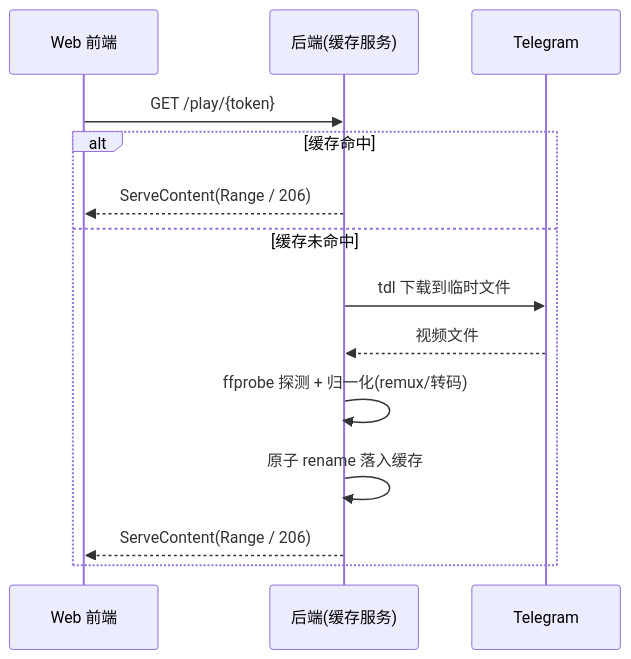
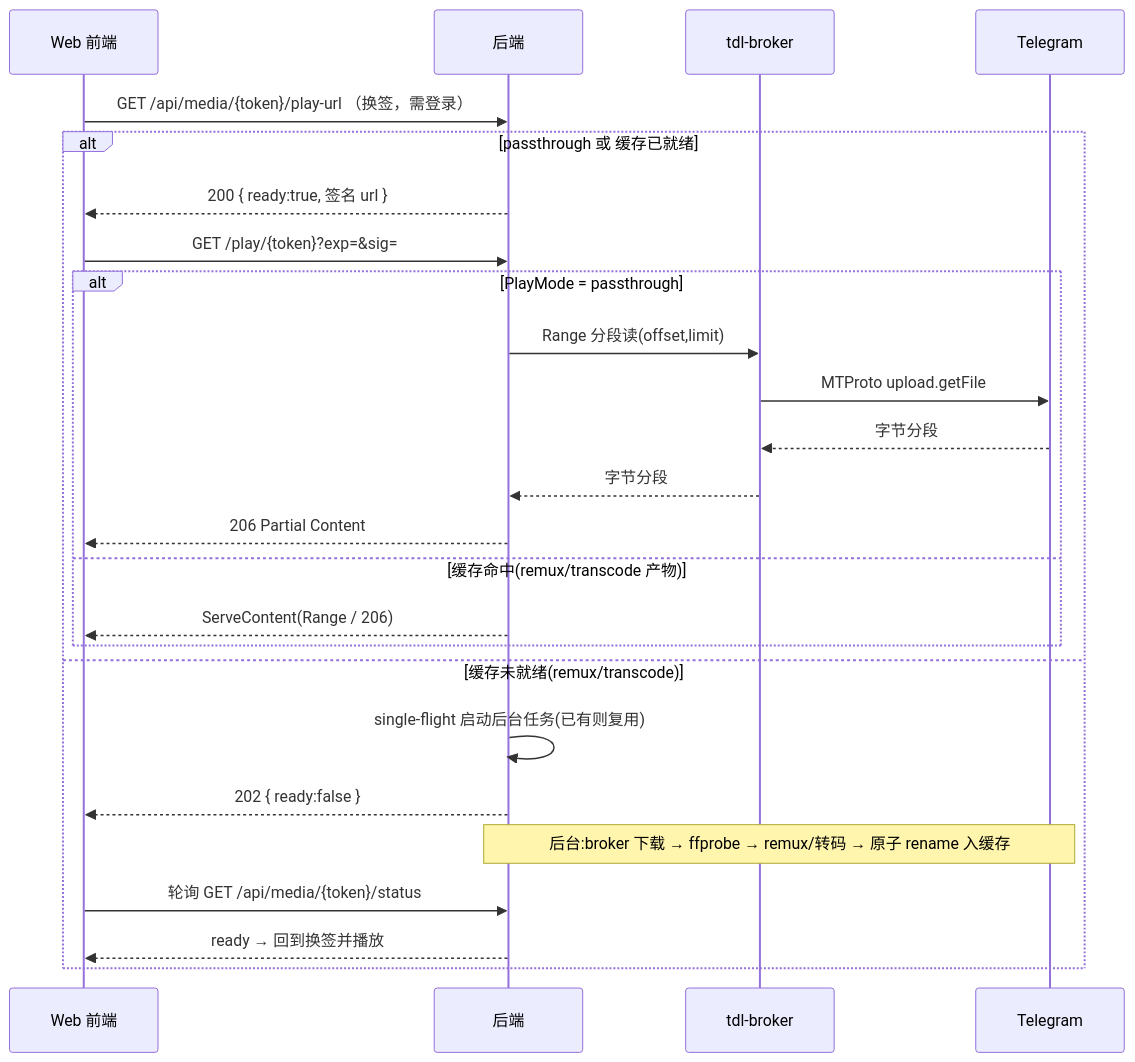
Before and after one commit to a186232641/TelegramOnlinePlayer: the second of 2 diagrams in design.md, drawn with Mermaid. The commit also changed other lines of this file, not shown here.

````diff
--- a/design.md
+++ b/design.md
@@ -75,16 +88,27 @@
 ```mermaid
 sequenceDiagram
     participant FE as Web 前端
-    participant BE as 后端(缓存服务)
+    participant BE as 后端
+    participant BR as tdl-broker
     participant TG as Telegram
-    FE->>BE: GET /play/{token}
-    alt 缓存命中
-        BE-->>FE: ServeContent(Range / 206)
-    else 缓存未命中
-        BE->>TG: tdl 下载到临时文件
-        TG-->>BE: 视频文件
-        BE->>BE: ffprobe 探测 + 归一化(remux/转码)
-        BE->>BE: 原子 rename 落入缓存
-        BE-->>FE: ServeContent(Range / 206)
+    FE->>BE: GET /api/media/{token}/play-url （换签，需登录）
+    alt passthrough 或 缓存已就绪
+        BE-->>FE: 200 { ready:true, 签名 url }
+        FE->>BE: GET /play/{token}?exp=&sig=
+        alt PlayMode = passthrough
+            BE->>BR: Range 分段读(offset,limit)
+            BR->>TG: MTProto upload.getFile
+            TG-->>BR: 字节分段
+            BR-->>BE: 字节分段
+            BE-->>FE: 206 Partial Content
+        else 缓存命中(remux/transcode 产物)
+            BE-->>FE: ServeContent(Range / 206)
+        end
+    else 缓存未就绪(remux/transcode)
+        BE->>BE: single-flight 启动后台任务(已有则复用)
+        BE-->>FE: 202 { ready:false }
+        Note over BE,TG: 后台:broker 下载 → ffprobe → remux/转码 → 原子 rename 入缓存
+        FE->>BE: 轮询 GET /api/media/{token}/status
+        BE-->>FE: ready → 回到换签并播放
     end
 ```
````
